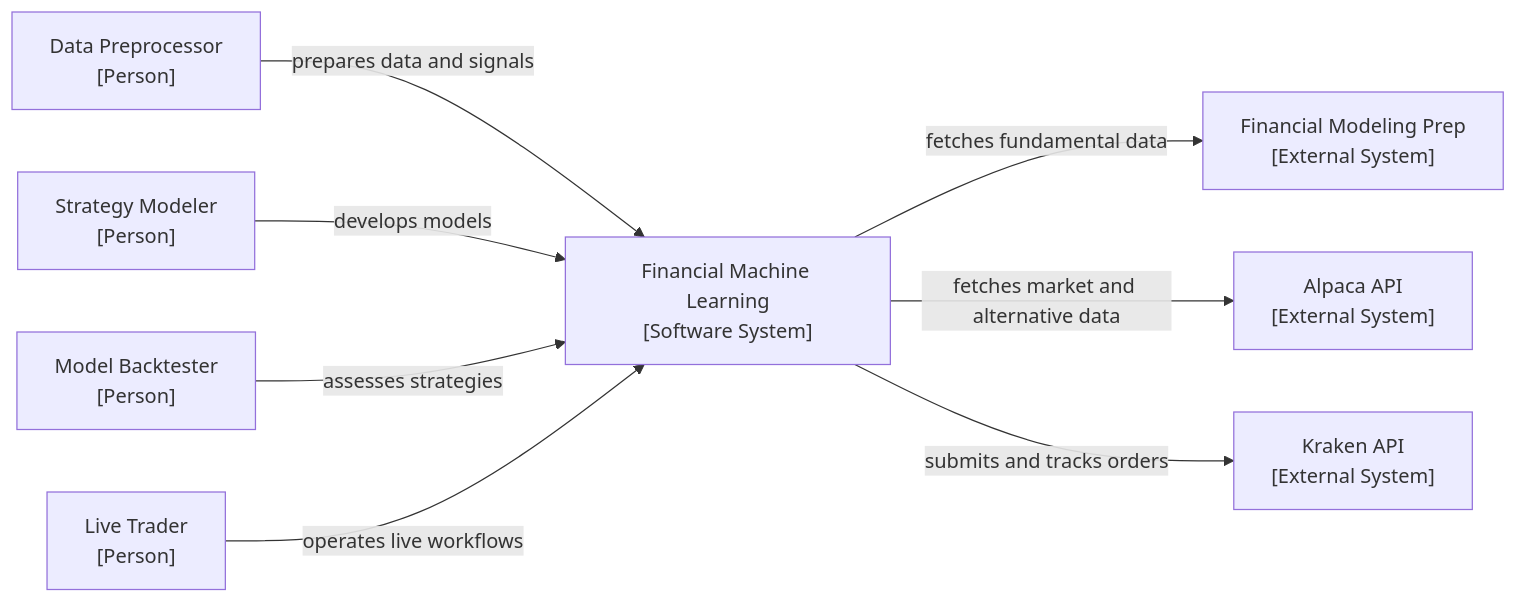
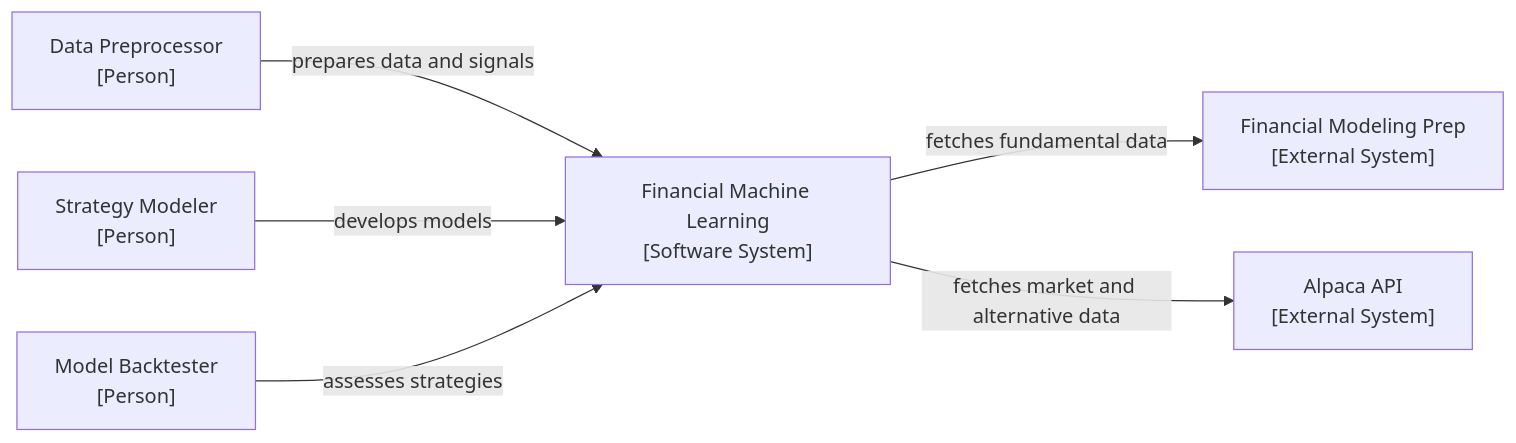
Before and after one commit to kwonjunhyuk9/financial-machine-learning: the first of 3 diagrams in docs/architecture.md, drawn with Mermaid. The commit also changed other lines of this file and 28 other files, not shown here.

````diff
--- a/docs/architecture.md
+++ b/docs/architecture.md
@@ -23,18 +23,14 @@
 ```mermaid
 flowchart LR
     dp["Data Preprocessor<br/>[Person]"]
     sm["Strategy Modeler<br/>[Person]"]
     mb["Model Backtester<br/>[Person]"]
-    lt["Live Trader<br/>[Person]"]
     fmp["Financial Modeling Prep<br/>[External System]"]
     alpaca["Alpaca API<br/>[External System]"]
-    kraken["Kraken API<br/>[External System]"]
     system["Financial Machine Learning<br/>[Software System]"]
     dp -->|" prepares data and signals "| system
     sm -->|" develops models "| system
     mb -->|" assesses strategies "| system
-    lt -->|" operates live workflows "| system
     system -->|" fetches fundamental data "| fmp
     system -->|" fetches market and alternative data "| alpaca
-    system -->|" submits and tracks orders "| kraken
 ```
````
